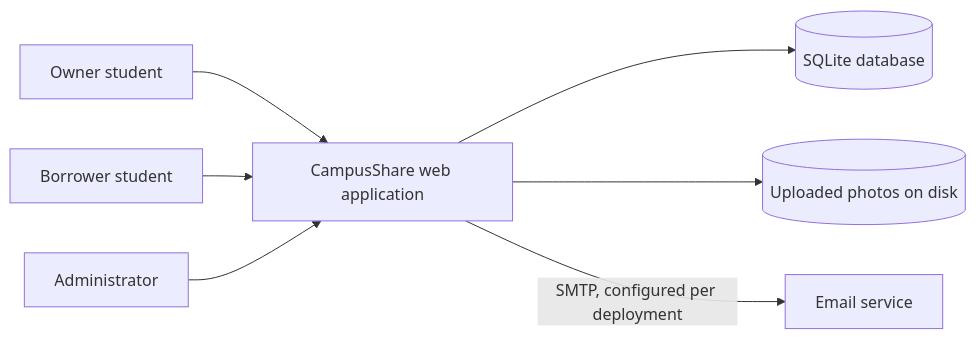
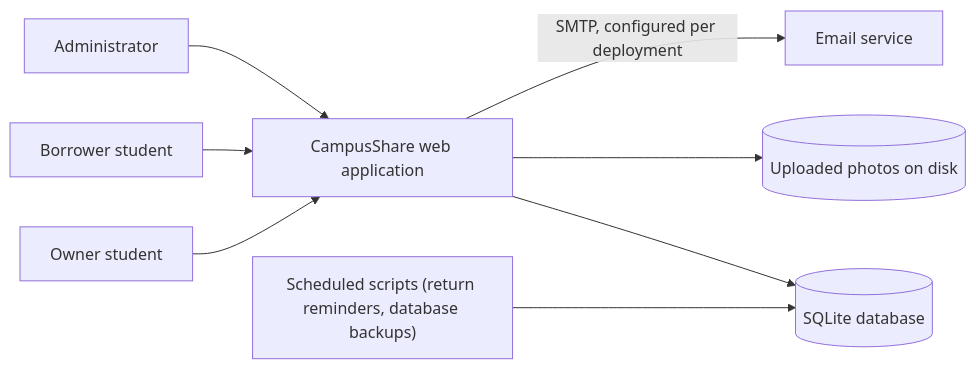
One commit to bhsei/26F changed the first of 4 diagrams in docs/requirements/SRS.md. Above: the diagram before and after it, drawn with Mermaid. The commit also changed other lines of this file, not shown here.

Commit message:
W7 - SRS v0.3 for peer review; re-baselined against joe-work, diagrams updated

````diff
--- a/docs/requirements/SRS.md
+++ b/docs/requirements/SRS.md
@@ -95,9 +95,10 @@
 ```mermaid
 flowchart LR
     O[Owner student] --> W[CampusShare web application]
     B[Borrower student] --> W
     A[Administrator] --> W
     W --> D[(SQLite database)]
     W --> F[(Uploaded photos on disk)]
     W -->|SMTP, configured per deployment| E[Email service]
+    T["Scheduled scripts (return reminders, database backups)"] --> D
 ```
````
